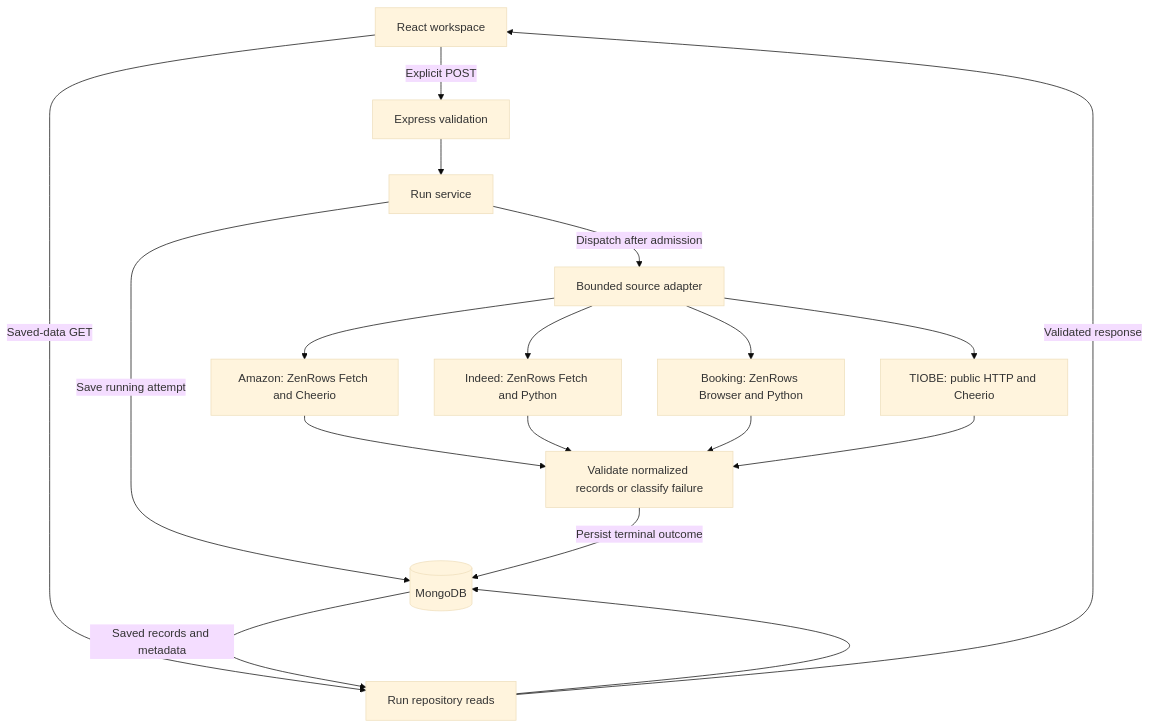
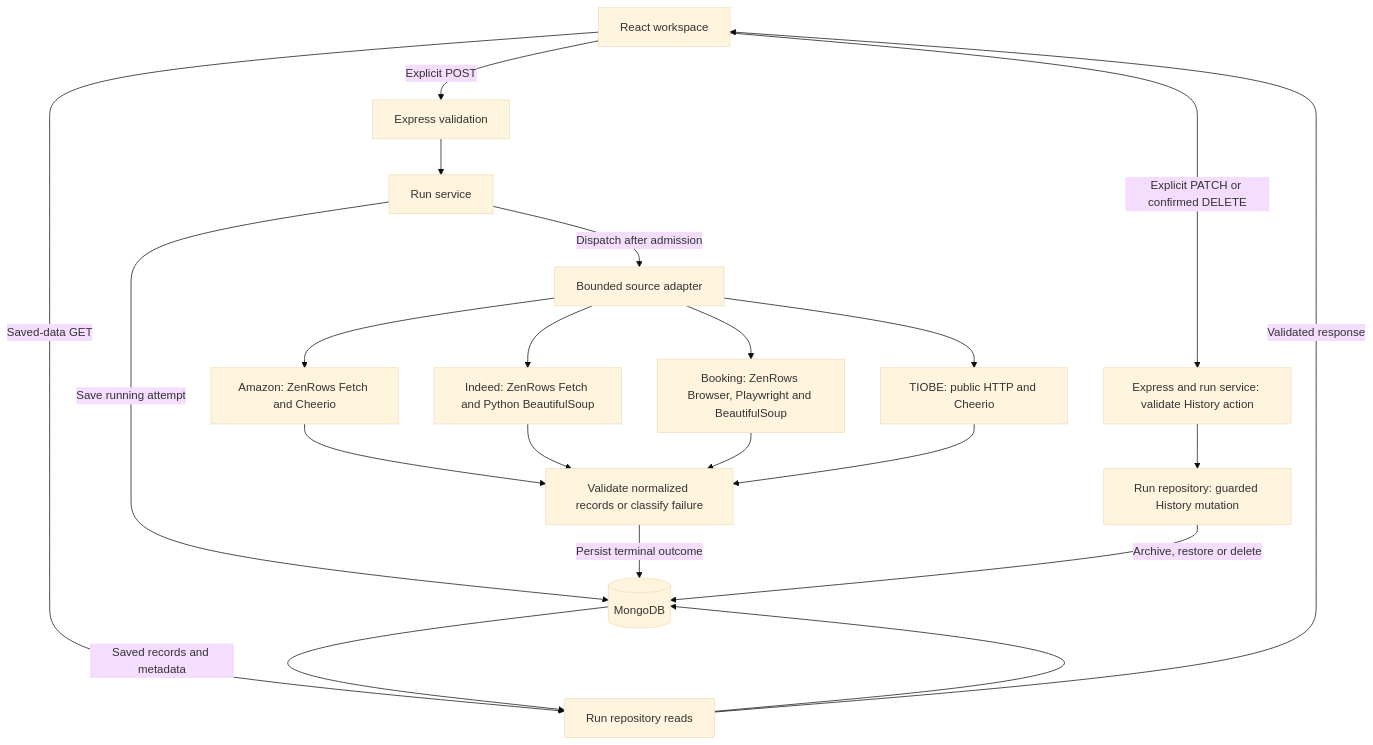
One commit to IronSyd/web-scraper changed the diagram in docs/diagrams/architecture.mmd. Above: the diagram before and after it, drawn with Mermaid (base theme). The commit also changed 29 other files, not shown here.

First line of the commit message:
Add history management and public repository presentation

```diff
--- a/docs/diagrams/architecture.mmd
+++ b/docs/diagrams/architecture.mmd
@@ -1,20 +1,23 @@
 flowchart TD
-    accTitle: Web Scraper collection and saved-data architecture
-    accDescr: An explicit POST passes Express validation and a run service before dispatching one of four bounded source adapters. Validated records or a failure outcome are persisted in MongoDB. Saved-data GET requests read the repository and return records without dispatching a collector.
+    accTitle: Web Scraper collection, saved-data and History architecture
+    accDescr: An explicit POST passes Express validation and a run service before dispatching one of four bounded source adapters. Validated records or a failure outcome are persisted in MongoDB. Saved-data GET requests read the repository without dispatching a collector. Separate explicit PATCH and confirmed DELETE requests pass History validation and guarded repository mutations to archive, restore or remove stored payloads. Running runs are protected and deleted identities are retained to prevent replay. History actions never dispatch a collector.
     UI[React workspace] -->|Explicit POST| API[Express validation]
     API --> Run[Run service]
     Run -->|Save running attempt| DB[(MongoDB)]
     Run -->|Dispatch after admission| Adapter[Bounded source adapter]
     Adapter --> Amazon[Amazon: ZenRows Fetch and Cheerio]
-    Adapter --> Indeed[Indeed: ZenRows Fetch and Python]
-    Adapter --> Booking[Booking: ZenRows Browser and Python]
+    Adapter --> Indeed[Indeed: ZenRows Fetch and Python BeautifulSoup]
+    Adapter --> Booking[Booking: ZenRows Browser, Playwright and BeautifulSoup]
     Adapter --> Tiobe[TIOBE: public HTTP and Cheerio]
     Amazon --> Result[Validate normalized records or classify failure]
     Indeed --> Result
     Booking --> Result
     Tiobe --> Result
     Result -->|Persist terminal outcome| DB
     UI -->|Saved-data GET| Read[Run repository reads]
     Read --> DB
     DB -->|Saved records and metadata| Read
     Read -->|Validated response| UI
+    UI -->|Explicit PATCH or confirmed DELETE| Manage[Express and run service: validate History action]
+    Manage --> Mutation[Run repository: guarded History mutation]
+    Mutation -->|Archive, restore or delete| DB
```
